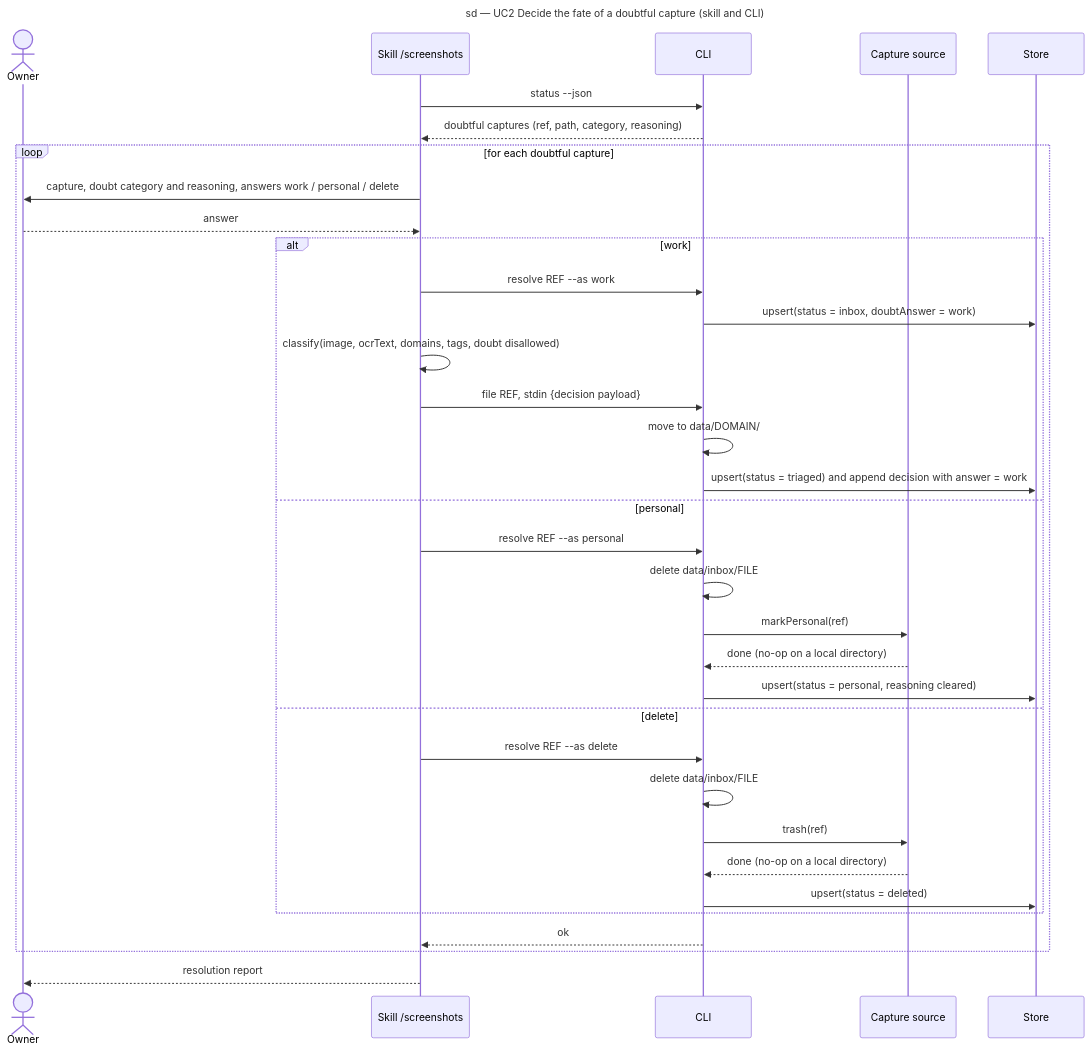
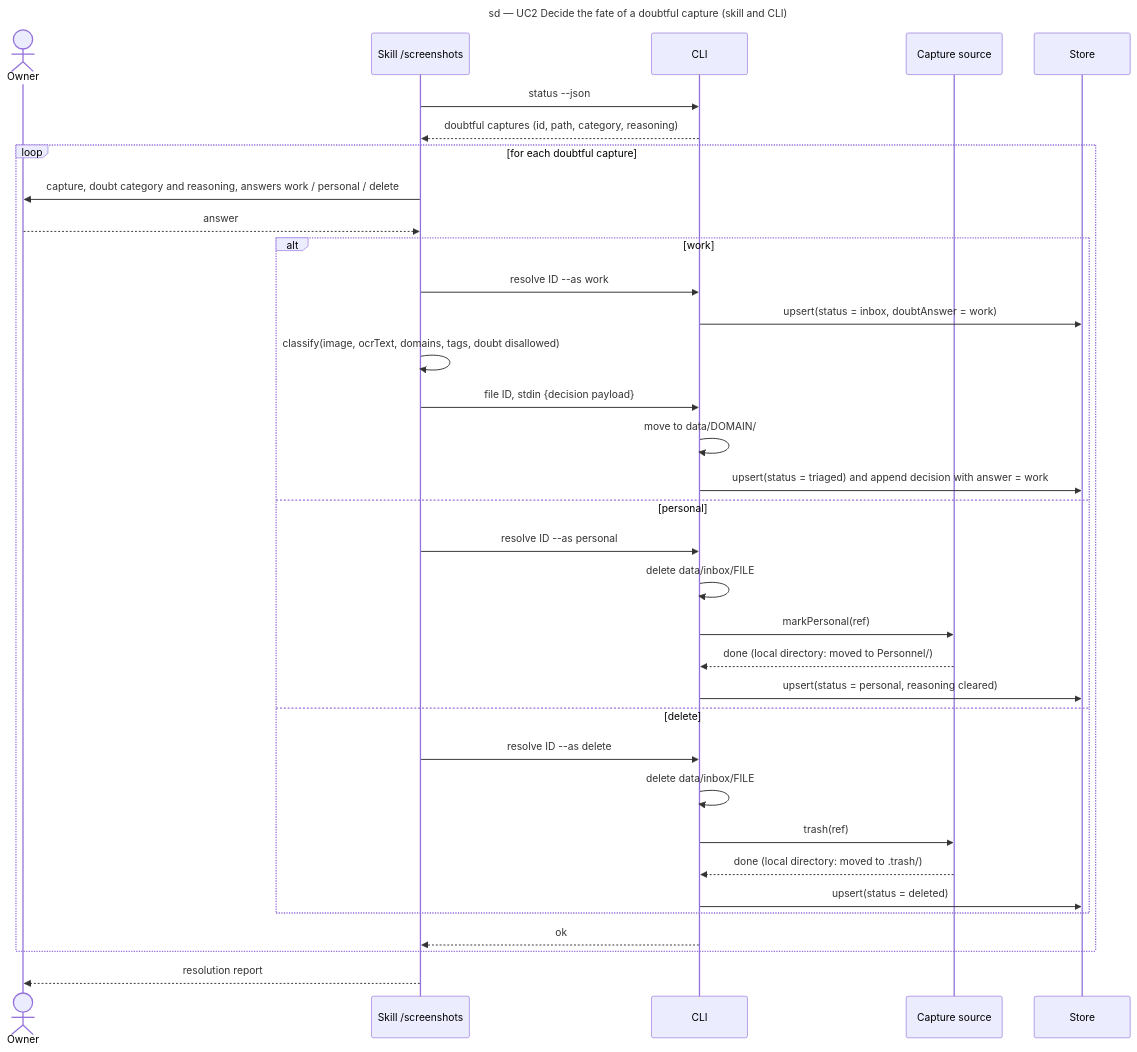
Before and after one commit to benoit-bremaud/screenshot-triage: the diagram in docs/architecture/diagrams/triage/02-sequence-resolve-doubt.md, drawn with Mermaid. The commit also changed other lines of this file and 11 other files, not shown here.

First line of the commit message:
docs(triage/architecture): make final statuses durable at the source

````diff
--- a/docs/architecture/diagrams/triage/02-sequence-resolve-doubt.md
+++ b/docs/architecture/diagrams/triage/02-sequence-resolve-doubt.md
@@ -14,37 +14,37 @@
 ```mermaid
 sequenceDiagram
   title sd — UC2 Decide the fate of a doubtful capture (skill and CLI)
   actor Owner
   participant Skill as Skill /screenshots
   participant CLI as CLI
   participant Source as Capture source
   participant Store as Store
   Skill->>CLI: status --json
-  CLI-->>Skill: doubtful captures (ref, path, category, reasoning)
+  CLI-->>Skill: doubtful captures (id, path, category, reasoning)
   loop for each doubtful capture
     Skill->>Owner: capture, doubt category and reasoning, answers work / personal / delete
     Owner-->>Skill: answer
     alt work
-      Skill->>CLI: resolve REF --as work
+      Skill->>CLI: resolve ID --as work
       CLI->>Store: upsert(status = inbox, doubtAnswer = work)
       Skill->>Skill: classify(image, ocrText, domains, tags, doubt disallowed)
-      Skill->>CLI: file REF, stdin {decision payload}
+      Skill->>CLI: file ID, stdin {decision payload}
       CLI->>CLI: move to data/DOMAIN/
       CLI->>Store: upsert(status = triaged) and append decision with answer = work
     else personal
-      Skill->>CLI: resolve REF --as personal
+      Skill->>CLI: resolve ID --as personal
       CLI->>CLI: delete data/inbox/FILE
       CLI->>Source: markPersonal(ref)
-      Source-->>CLI: done (no-op on a local directory)
+      Source-->>CLI: done (local directory: moved to Personnel/)
       CLI->>Store: upsert(status = personal, reasoning cleared)
     else delete
-      Skill->>CLI: resolve REF --as delete
+      Skill->>CLI: resolve ID --as delete
       CLI->>CLI: delete data/inbox/FILE
       CLI->>Source: trash(ref)
-      Source-->>CLI: done (no-op on a local directory)
+      Source-->>CLI: done (local directory: moved to .trash/)
       CLI->>Store: upsert(status = deleted)
     end
     CLI-->>Skill: ok
   end
   Skill-->>Owner: resolution report
 ```
````
